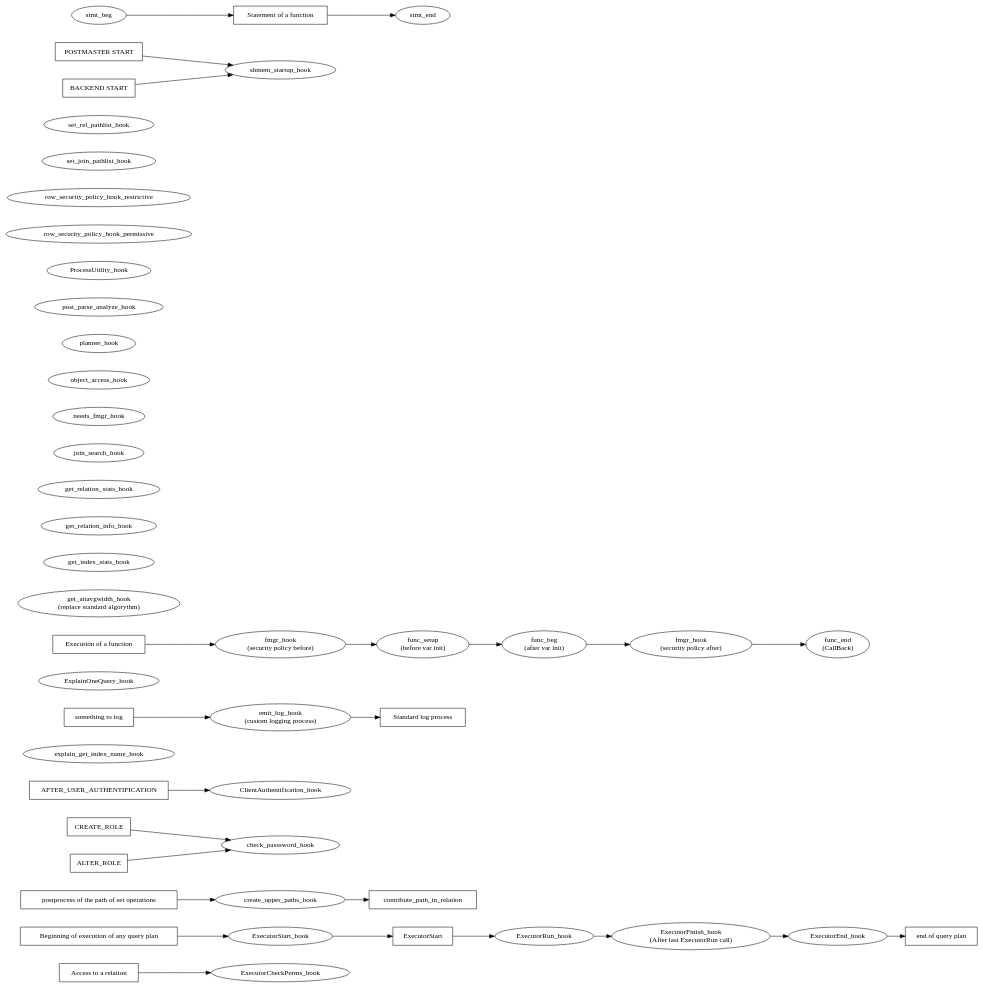
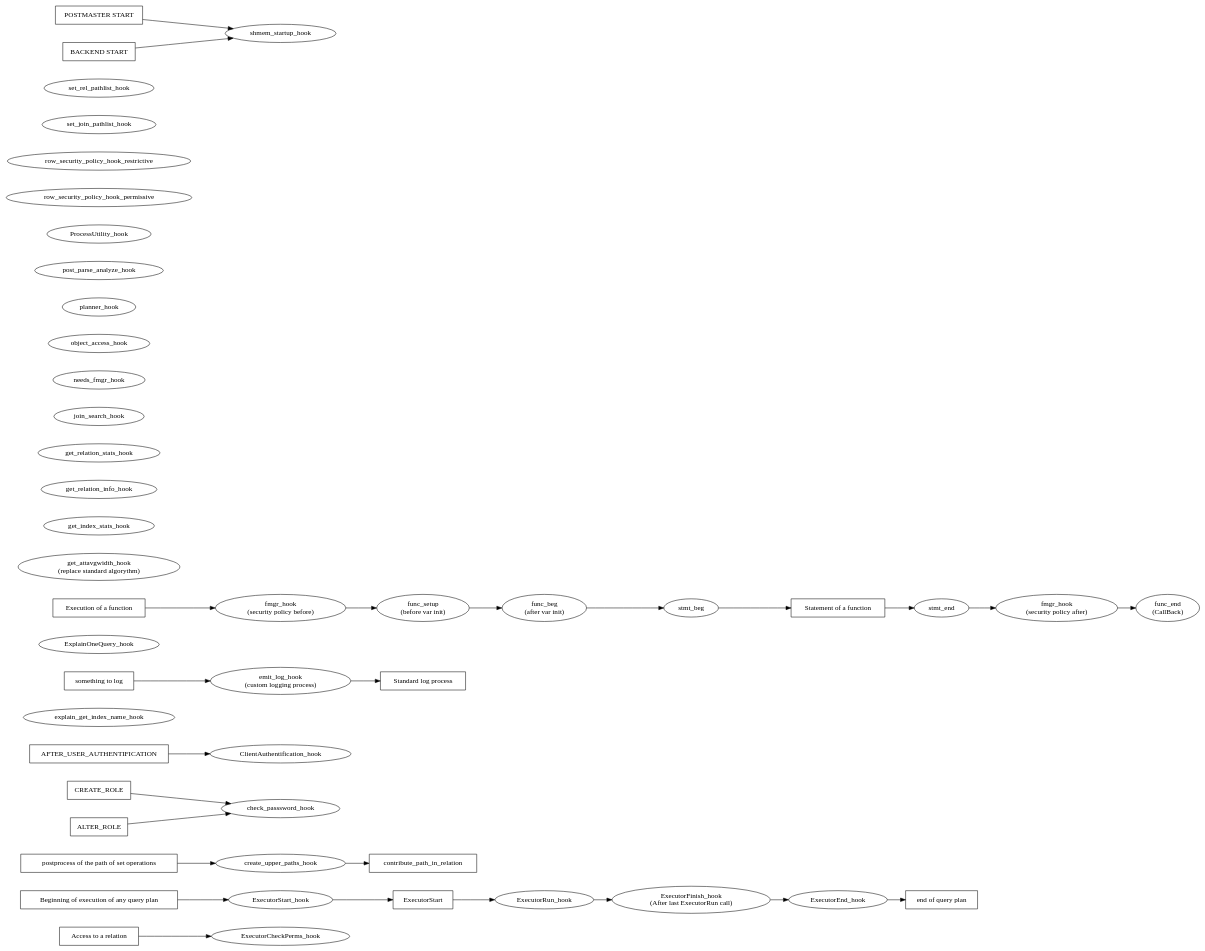
Before and after one commit to frbn/psql-hooks: the diagram in hooks.dot, drawn with Graphviz.

Commit message:
add fmgr stmt_beg/end in fmgr_hook chain

```diff
--- a/hooks.dot
+++ b/hooks.dot
@@ -1,74 +1,77 @@
 digraph hooks {
     rankdir=LR
     node [shape=box];
     nodesep=0.5;
     subgraph Executor {
         ExecutorCheckPerms_hook     [shape=ellipse];
         ExecutorStart_hook          [shape=ellipse];
         ExecutorRun_hook            [shape=ellipse];
         ExecutorEnd_hook            [shape=ellipse];
         ExecutorFinish_hook [shape=ellipse][label="ExecutorFinish_hook\n(After last ExecutorRun call)"];
         create_upper_paths_hook     [shape=ellipse];
         check_passsword_hook        [shape=ellipse];
         ClientAuthentification_hook [shape=ellipse];
         explain_get_index_name_hook [shape=ellipse];
         emit_log_hook               [shape=ellipse][label="emit_log_hook\n(custom logging process)"];
         ExplainOneQuery_hook        [shape=ellipse];
         
         
         fmgr_hook1                   [shape=ellipse][label="fmgr_hook \n(security policy before)"];
         fmgr_hook2                   [shape=ellipse][label="fmgr_hook \n(security policy after)"];
         func_beg                    [shape=ellipse][label="func_beg \n(after var init)"];
         func_end                    [shape=ellipse][label="func_end \n(CallBack)"];
         func_setup                  [shape=ellipse][label="func_setup \n(before var init)"];
-        "Execution of a function" -> fmgr_hook1 -> func_setup  -> func_beg -> fmgr_hook2 -> func_end;
+        "Execution of a function" -> fmgr_hook1 -> func_setup  -> func_beg;
+        fmgr_hook2 -> func_end;
         
         get_attavgwidth_hook        [shape=ellipse][label="get_attavgwidth_hook \n(replace standard algorythm)"];
         
         get_index_stats_hook        [shape=ellipse];
         
         get_relation_info_hook      [shape=ellipse];
         
         get_relation_stats_hook     [shape=ellipse];
         
         join_search_hook            [shape=ellipse];
         
         needs_fmgr_hook             [shape=ellipse];
         
         object_access_hook          [shape=ellipse];
         
         planner_hook                [shape=ellipse];
         
         post_parse_analyze_hook     [shape=ellipse];
         
         ProcessUtility_hook         [shape=ellipse];
         
         row_security_policy_hook_permissive     [shape=ellipse];
         row_security_policy_hook_restrictive    [shape=ellipse];
         
         set_join_pathlist_hook      [shape=ellipse];
         set_rel_pathlist_hook       [shape=ellipse];
         
         shmem_startup_hook          [shape=ellipse];
         "POSTMASTER START" -> shmem_startup_hook ;
         "BACKEND START" -> shmem_startup_hook ;
          
         
         stmt_beg                    [shape=ellipse];
         stmt_end                    [shape=ellipse];
         stmt_beg -> "Statement of a function" -> stmt_end;
         
+        func_beg -> stmt_beg;
+        stmt_end -> fmgr_hook2;
         
         "Access to a relation" ->  ExecutorCheckPerms_hook;
          
         
         "Beginning of execution of any query plan" -> ExecutorStart_hook -> ExecutorStart -> ExecutorRun_hook ->  ExecutorFinish_hook -> ExecutorEnd_hook -> "end of query plan";
         
     };
     { CREATE_ROLE, ALTER_ROLE } -> check_passsword_hook ;
     AFTER_USER_AUTHENTIFICATION -> ClientAuthentification_hook ;
     "postprocess of the path of set operations" -> create_upper_paths_hook ;
     create_upper_paths_hook -> contribute_path_in_relation ;
     "something to log" -> emit_log_hook -> "Standard log process"  ;
     
 }
```
